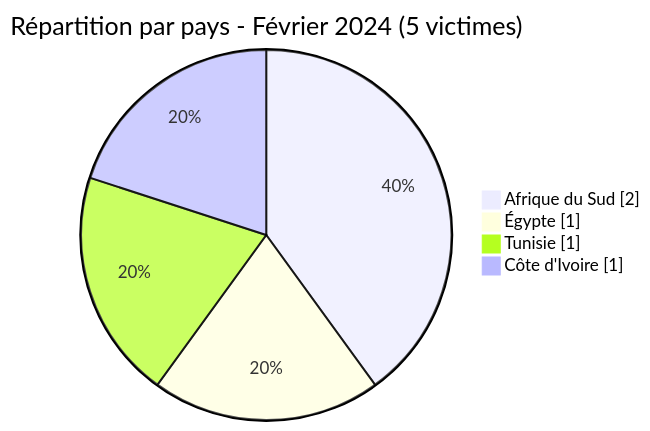
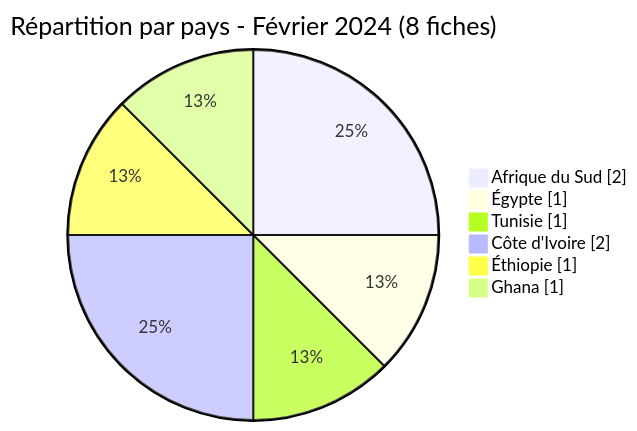
One commit to Hatchepsoute/AFRINTEL changed the second of 5 diagrams in CyberAttackAfrica/2024/02-february/README_FR.md. Above: the diagram before and after it, drawn with Mermaid. The commit also changed other lines of this file and 255 other files, not shown here.

````diff
--- a/CyberAttackAfrica/2024/02-february/README_FR.md
+++ b/CyberAttackAfrica/2024/02-february/README_FR.md
@@ -59,8 +67,10 @@
 ```mermaid
 pie showData
-    title Répartition par pays - Février 2024 (5 victimes)
+    title Répartition par pays - Février 2024 (8 fiches)
     "Afrique du Sud" : 2
     "Égypte" : 1
     "Tunisie" : 1
-    "Côte d'Ivoire" : 1
+    "Côte d'Ivoire" : 2
+    "Éthiopie" : 1
+    "Ghana" : 1
 ```
````
